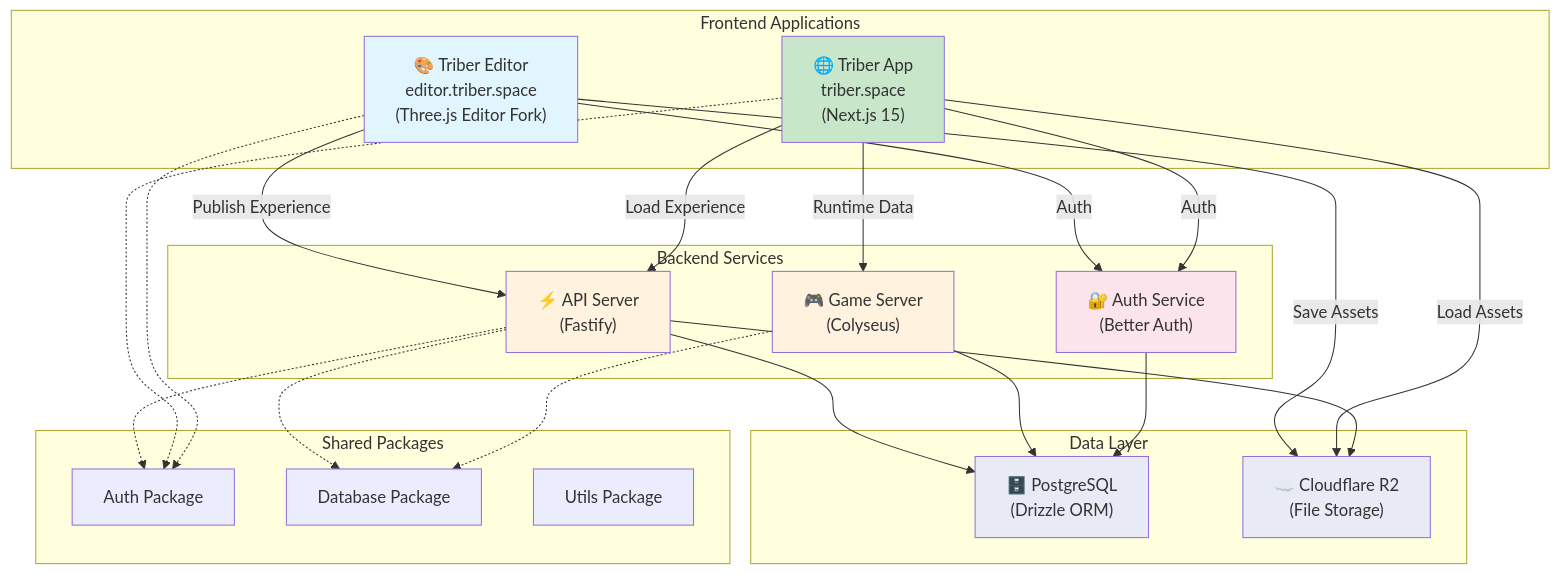
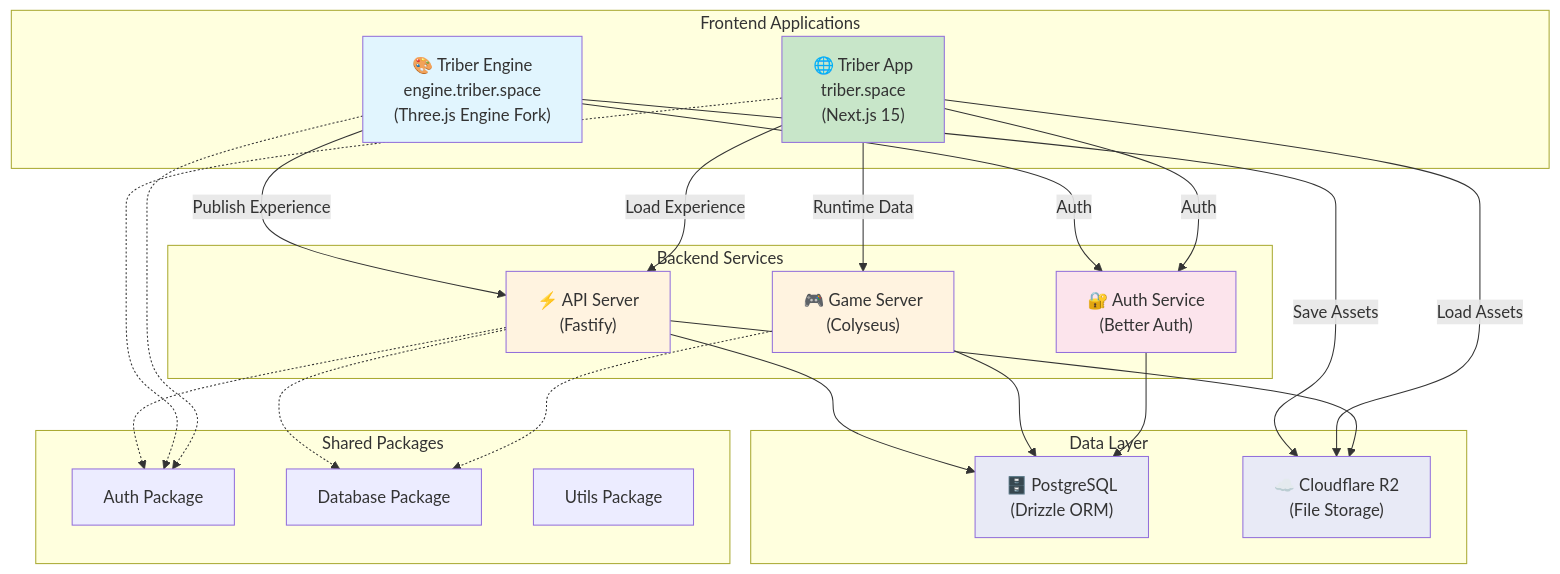
One commit to triberstudios/triberspace changed the diagram in docs/architecture.md. Above: the diagram before and after it, drawn with Mermaid. The commit also changed other lines of this file and 201 other files, not shown here.

Commit message:
Editor -> Engine naming

````diff
--- a/docs/architecture.md
+++ b/docs/architecture.md
@@ -12,56 +12,56 @@
 ```mermaid
 graph TB
     subgraph "Frontend Applications"
-        Editor["🎨 Triber Editor<br/>editor.triber.space<br/>(Three.js Editor Fork)"]
+        Engine["🎨 Triber Engine<br/>engine.triber.space<br/>(Three.js Engine Fork)"]
         App["🌐 Triber App<br/>triber.space<br/>(Next.js 15)"]
     end
     
     subgraph "Backend Services"
         API["⚡ API Server<br/>(Fastify)"]
         GameServer["🎮 Game Server<br/>(Colyseus)"]
         Auth["🔐 Auth Service<br/>(Better Auth)"]
     end
     
     subgraph "Data Layer"
         DB["🗄️ PostgreSQL<br/>(Drizzle ORM)"]
         R2["☁️ Cloudflare R2<br/>(File Storage)"]
     end
     
     subgraph "Shared Packages"
         AuthPkg["Auth Package"]
         DBPkg["Database Package"]
         Utils["Utils Package"]
     end
     
-    %% Editor Flow
-    Editor -->|"Publish Experience"| API
-    Editor -->|"Save Assets"| R2
-    Editor -->|"Auth"| Auth
+    %% Engine Flow
+    Engine -->|"Publish Experience"| API
+    Engine -->|"Save Assets"| R2
+    Engine -->|"Auth"| Auth
     
     %% App Flow
     App -->|"Load Experience"| API
     App -->|"Runtime Data"| GameServer
     App -->|"Load Assets"| R2
     App -->|"Auth"| Auth
     
     %% Backend Connections
     API --> DB
     API --> R2
     GameServer --> DB
     Auth --> DB
     
     %% Package Dependencies
     API -.-> AuthPkg
     API -.-> DBPkg
     GameServer -.-> DBPkg
     App -.-> AuthPkg
-    Editor -.-> AuthPkg
-    
-    style Editor fill:#e1f5fe
+    Engine -.-> AuthPkg
+
+    style Engine fill:#e1f5fe
     style App fill:#c8e6c9
     style API fill:#fff3e0
     style GameServer fill:#fff3e0
     style Auth fill:#fce4ec
     style DB fill:#e8eaf6
     style R2 fill:#e8eaf6
 ```
````
